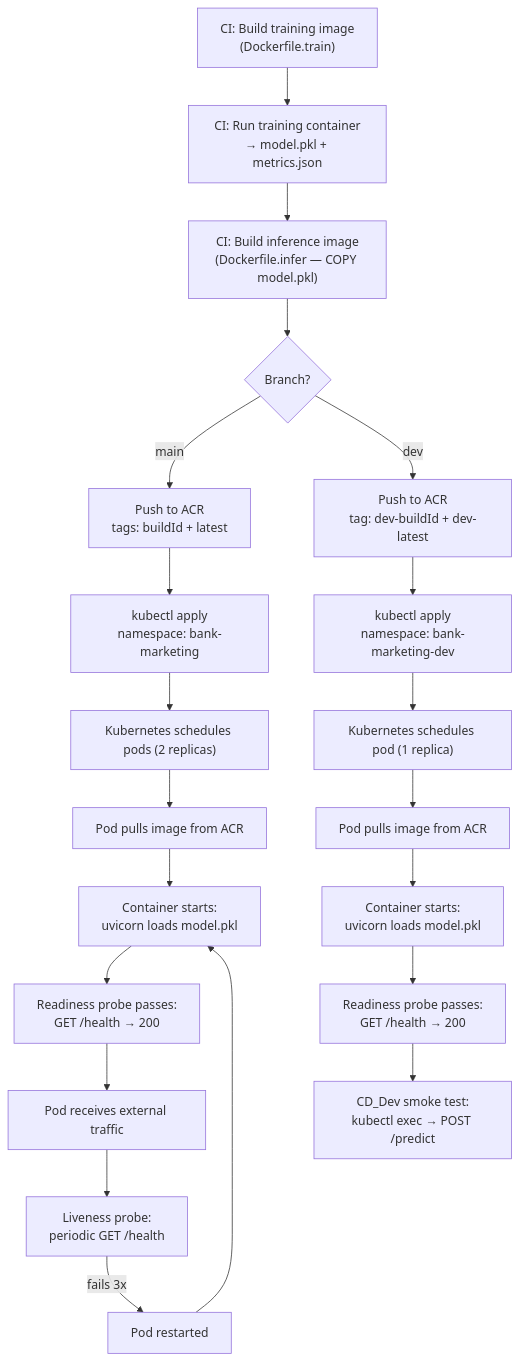
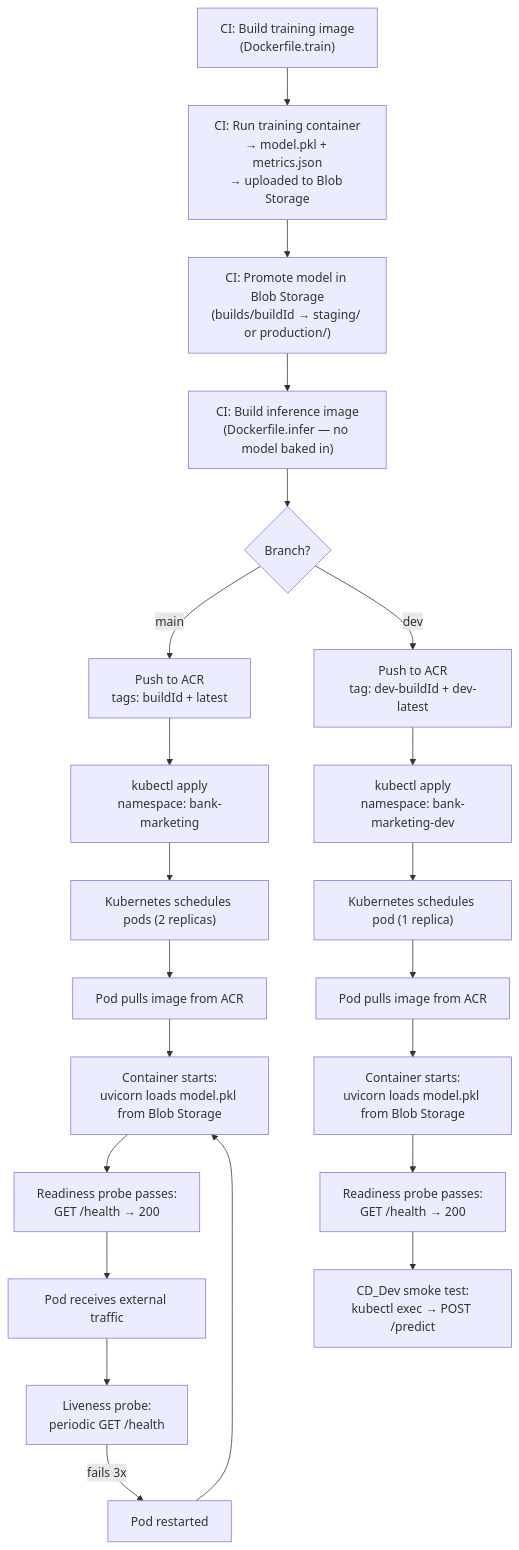
One commit to Annemarie-Bester/marketing-model-mlops-azure changed the third of 3 diagrams in docs/deployment.md. Above: the diagram before and after it, drawn with Mermaid. The commit also changed other lines of this file and 17 other files, not shown here.

````diff
--- a/docs/deployment.md
+++ b/docs/deployment.md
@@ -276,34 +276,35 @@
 ```mermaid
 flowchart TD
     TRAIN_BUILD["CI: Build training image\n(Dockerfile.train)"]
-    TRAIN_RUN["CI: Run training container\n→ model.pkl + metrics.json"]
-    INFER_BUILD["CI: Build inference image\n(Dockerfile.infer — COPY model.pkl)"]
+    TRAIN_RUN["CI: Run training container\n→ model.pkl + metrics.json\n→ uploaded to Blob Storage"]
+    PROMOTE["CI: Promote model in Blob Storage\n(builds/buildId → staging/ or production/)"]
+    INFER_BUILD["CI: Build inference image\n(Dockerfile.infer — no model baked in)"]
 
-    TRAIN_BUILD --> TRAIN_RUN --> INFER_BUILD
+    TRAIN_BUILD --> TRAIN_RUN --> PROMOTE --> INFER_BUILD
 
     INFER_BUILD --> PUSH_Q{"Branch?"}
     PUSH_Q -->|"main"| PUSH_PROD["Push to ACR\ntags: buildId + latest"]
     PUSH_Q -->|"dev"| PUSH_DEV["Push to ACR\ntag: dev-buildId + dev-latest"]
 
     PUSH_PROD --> DEPLOY_PROD["kubectl apply<br/>namespace: bank-marketing"]
     PUSH_DEV --> DEPLOY_DEV["kubectl apply<br/>namespace: bank-marketing-dev"]
 
     DEPLOY_PROD --> SCHEDULE_PROD["Kubernetes schedules pods (2 replicas)"]
     DEPLOY_DEV --> SCHEDULE_DEV["Kubernetes schedules pod (1 replica)"]
 
     SCHEDULE_PROD --> PULL_PROD["Pod pulls image from ACR"]
     SCHEDULE_DEV --> PULL_DEV["Pod pulls image from ACR"]
 
-    PULL_PROD --> START_PROD["Container starts:<br/>uvicorn loads model.pkl"]
-    PULL_DEV --> START_DEV["Container starts:<br/>uvicorn loads model.pkl"]
+    PULL_PROD --> START_PROD["Container starts:<br/>uvicorn loads model.pkl from Blob Storage"]
+    PULL_DEV --> START_DEV["Container starts:<br/>uvicorn loads model.pkl from Blob Storage"]
 
     START_PROD --> READY_PROD["Readiness probe passes:<br/>GET /health → 200"]
     START_DEV --> READY_DEV["Readiness probe passes:<br/>GET /health → 200"]
 
     READY_PROD --> LIVE["Pod receives external traffic"]
     READY_DEV --> SMOKE["CD_Dev smoke test:<br/>kubectl exec → POST /predict"]
 
     LIVE --> LIVENESS["Liveness probe:<br/>periodic GET /health"]
     LIVENESS -->|"fails 3x"| RESTART["Pod restarted"]
     RESTART --> START_PROD
 ```
````
